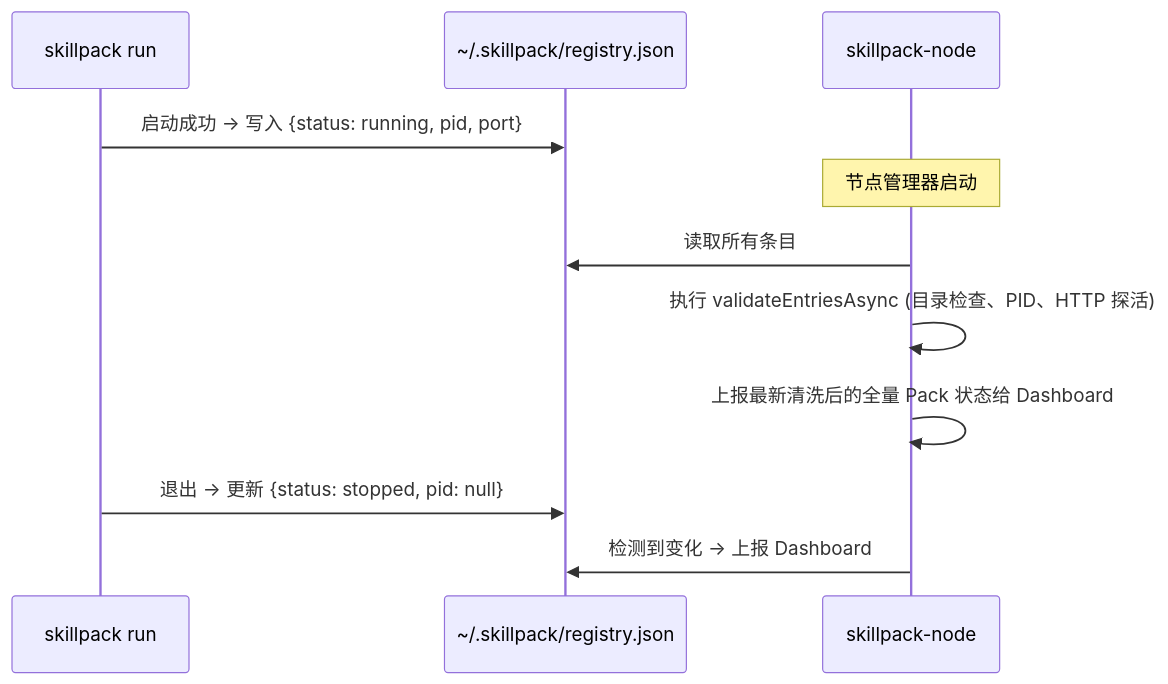
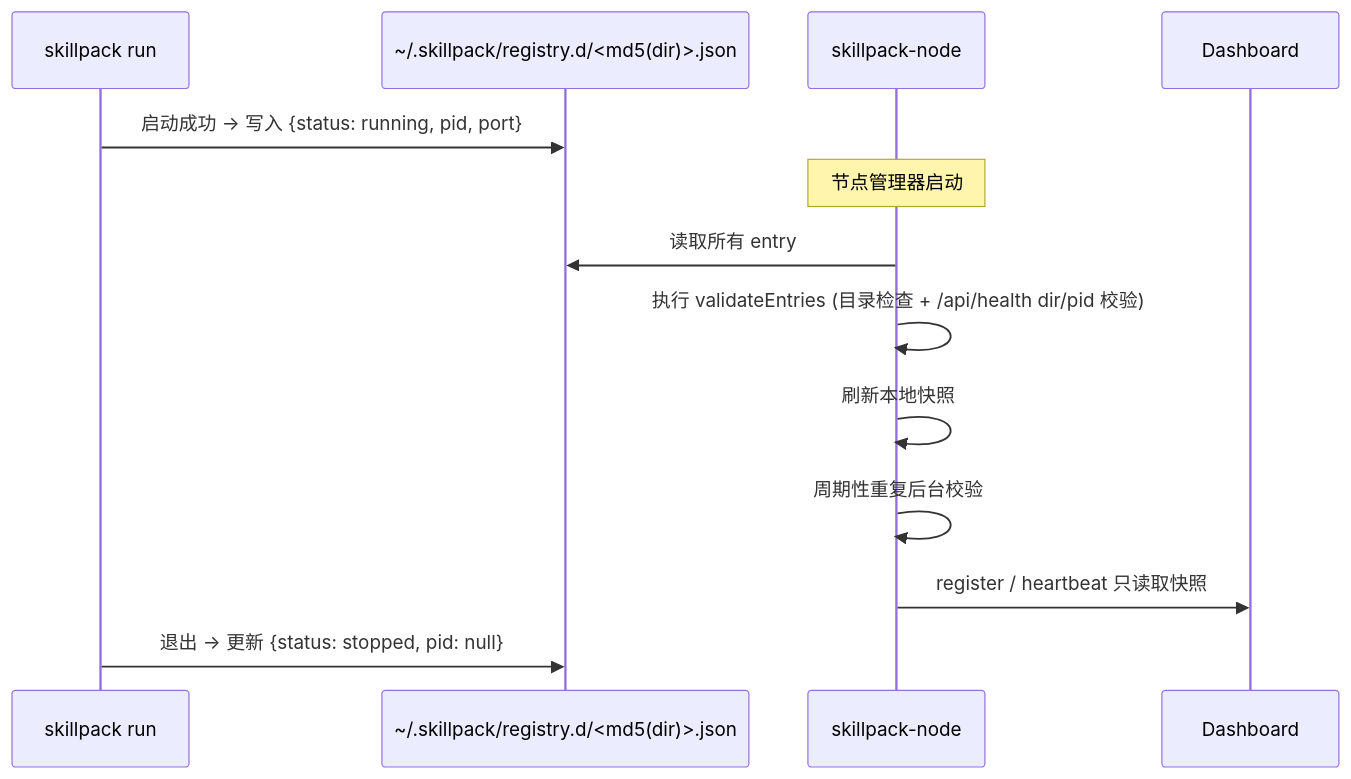
Before and after one commit to CreminiAI/skillpack: the second of 3 diagrams in docs/todo/enterprise_client_plan.md, drawn with Mermaid. The commit also changed other lines of this file and 3 other files, not shown here.

Commit message:
refactor: reimplement the global registry as per-pack files to prevent race conditions, enable atomic updates, and include a migration path.

````diff
--- a/docs/todo/enterprise_client_plan.md
+++ b/docs/todo/enterprise_client_plan.md
@@ -169,16 +167,17 @@
 ```mermaid
 sequenceDiagram
     participant Pack as skillpack run
-    participant Reg as ~/.skillpack/registry.json
+    participant Reg as ~/.skillpack/registry.d/<md5(dir)>.json
     participant Node as skillpack-node
 
     Pack->>Reg: 启动成功 → 写入 {status: running, pid, port}
 
     Note over Node: 节点管理器启动
-    Node->>Reg: 读取所有条目
-    Node->>Node: 执行 validateEntriesAsync (目录检查、PID、HTTP 探活)
-    Node->>Node: 上报最新清洗后的全量 Pack 状态给 Dashboard
+    Node->>Reg: 读取所有 entry
+    Node->>Node: 执行 validateEntries (目录检查 + /api/health dir/pid 校验)
+    Node->>Node: 刷新本地快照
+    Node->>Node: 周期性重复后台校验
+    Node->>Dashboard: register / heartbeat 只读取快照
 
     Pack->>Reg: 退出 → 更新 {status: stopped, pid: null}
-    Node->>Reg: 检测到变化 → 上报 Dashboard
 ```
````
